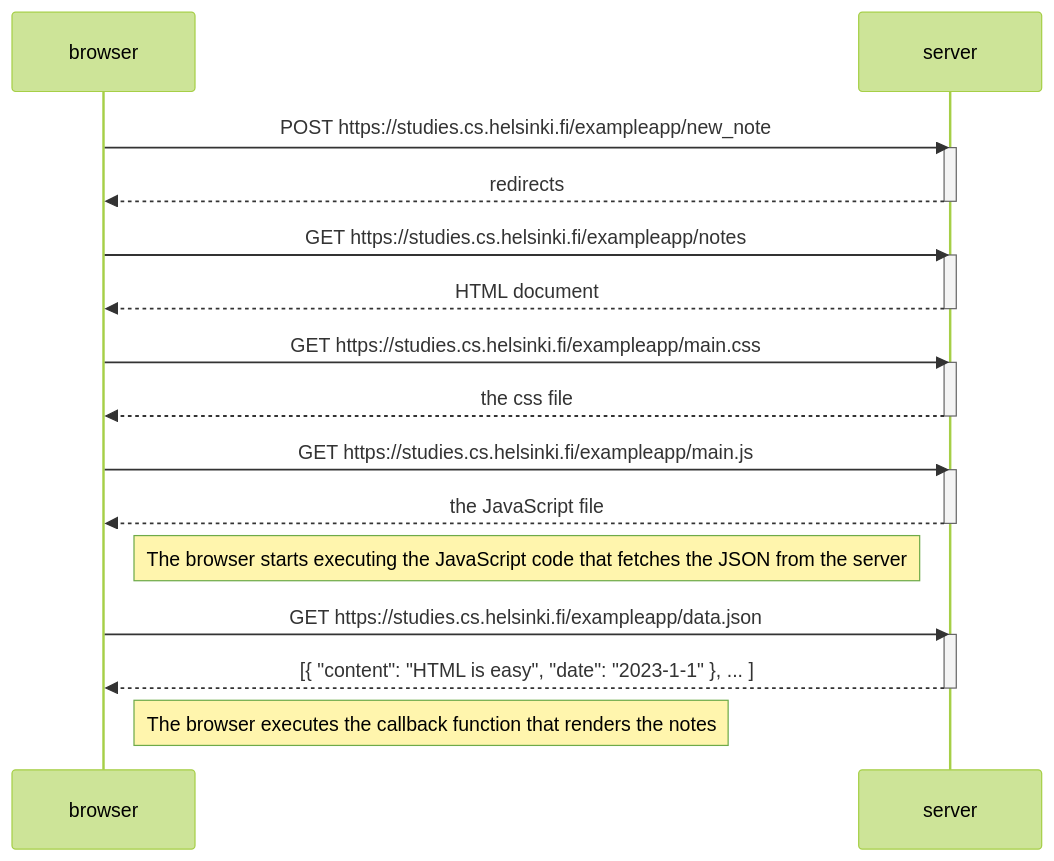
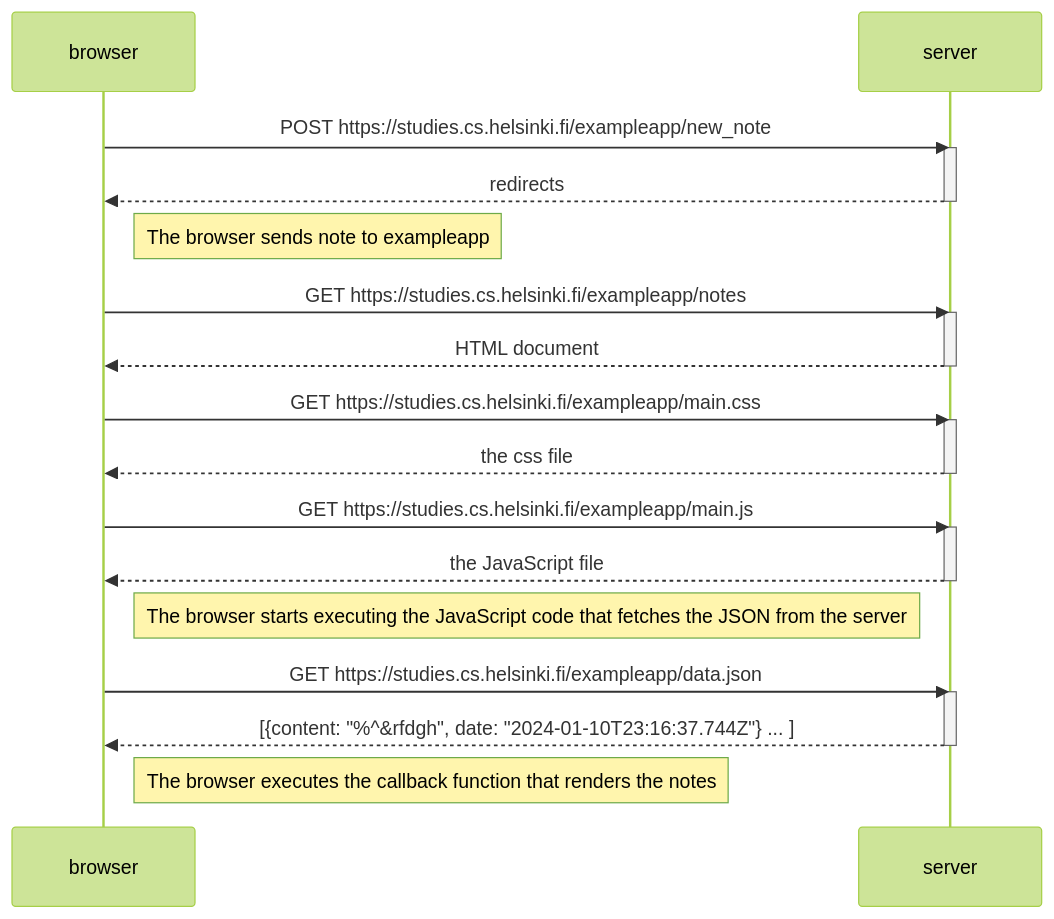
The diagram in part0/New note diagram.md (teraSurfer40141/supreme-spork), drawn with Mermaid (forest theme) before and after one commit.

Commit message:
Update New note diagram.md

````diff
--- a/part0/New note diagram.md
+++ b/part0/New note diagram.md
@@ -1,34 +1,36 @@
 ```mermaid
 sequenceDiagram
     participant browser
     participant server
 
     browser->>server: POST https://studies.cs.helsinki.fi/exampleapp/new_note
     activate server
     server-->>browser: redirects
     deactivate server
+
+Note right of browser: The browser sends note to exampleapp
 
     browser->>server: GET https://studies.cs.helsinki.fi/exampleapp/notes
     activate server
     server-->>browser: HTML document
     deactivate server
 
     browser->>server: GET https://studies.cs.helsinki.fi/exampleapp/main.css
     activate server
     server-->>browser: the css file
     deactivate server
 
     browser->>server: GET https://studies.cs.helsinki.fi/exampleapp/main.js
     activate server
     server-->>browser: the JavaScript file
     deactivate server
 
     Note right of browser: The browser starts executing the JavaScript code that fetches the JSON from the server
 
     browser->>server: GET https://studies.cs.helsinki.fi/exampleapp/data.json
     activate server
-    server-->>browser: [{ "content": "HTML is easy", "date": "2023-1-1" }, ... ]
+    server-->>browser: [{content: "%^&rfdgh", date: "2024-01-10T23:16:37.744Z"} ... ]
     deactivate server
 
     Note right of browser: The browser executes the callback function that renders the notes
 ```
````
